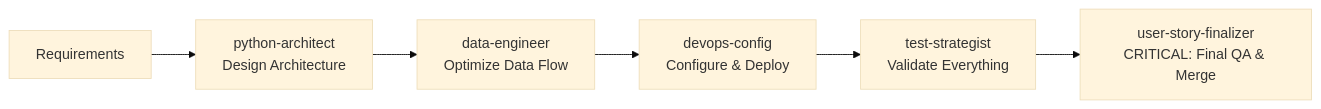
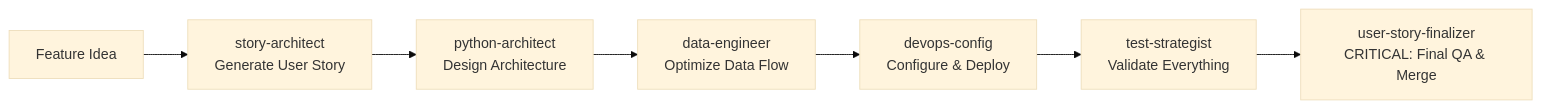
The diagram in .claude/subagents.md (afia28/databricks-tools-mcp), drawn with Mermaid (base theme) before and after one commit. The commit also changed other lines of this file and 8 other files, not shown here.

````diff
--- a/.claude/subagents.md
+++ b/.claude/subagents.md
@@ -206,8 +246,9 @@
 ```mermaid
 graph LR
-    A[Requirements] --> B[python-architect<br/>Design Architecture]
-    B --> C[data-engineer<br/>Optimize Data Flow]
-    C --> D[devops-config<br/>Configure & Deploy]
-    D --> E[test-strategist<br/>Validate Everything]
-    E --> F[user-story-finalizer<br/>CRITICAL: Final QA & Merge]
+    A[Feature Idea] --> B[story-architect<br/>Generate User Story]
+    B --> C[python-architect<br/>Design Architecture]
+    C --> D[data-engineer<br/>Optimize Data Flow]
+    D --> E[devops-config<br/>Configure & Deploy]
+    E --> F[test-strategist<br/>Validate Everything]
+    F --> G[user-story-finalizer<br/>CRITICAL: Final QA & Merge]
 ```
````
